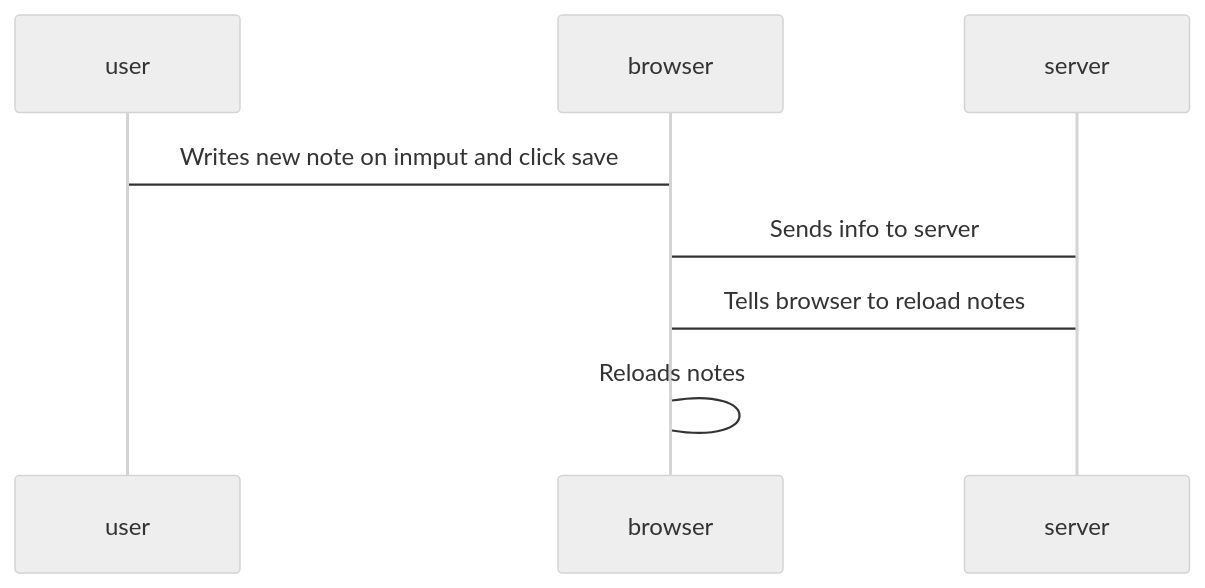
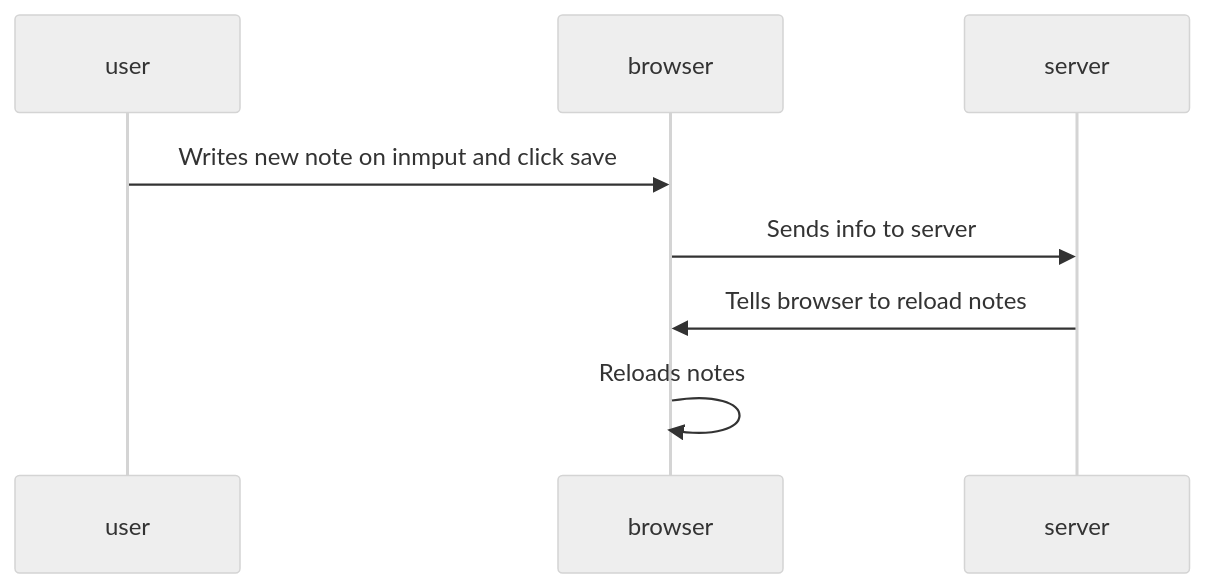
One commit to argb32/FullStackOpen changed the diagram in part0/newNoteDiagram.md. Above: the diagram before and after it, drawn with Mermaid (neutral theme).

````diff
--- a/part0/newNoteDiagram.md
+++ b/part0/newNoteDiagram.md
@@ -1,11 +1,11 @@
 ```mermaid
 sequenceDiagram
     participant user
     participant browser
     participant server
 
-    user->browser: Writes new note on inmput and click save
-    browser->server: Sends info to server
-    server->browser: Tells browser to reload notes
-    browser->browser: Reloads notes
+    user->>browser: Writes new note on inmput and click save
+    browser->>server: Sends info to server
+    server->>browser: Tells browser to reload notes
+    browser->>browser: Reloads notes
 ```
````
